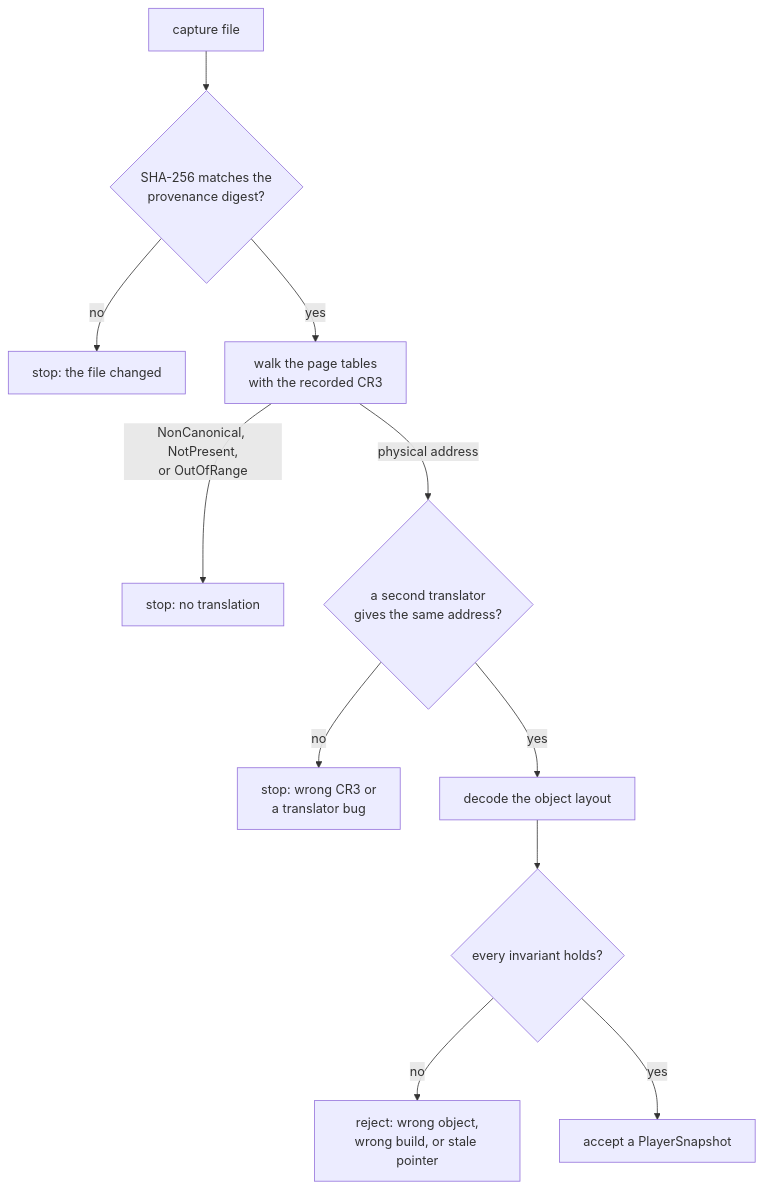
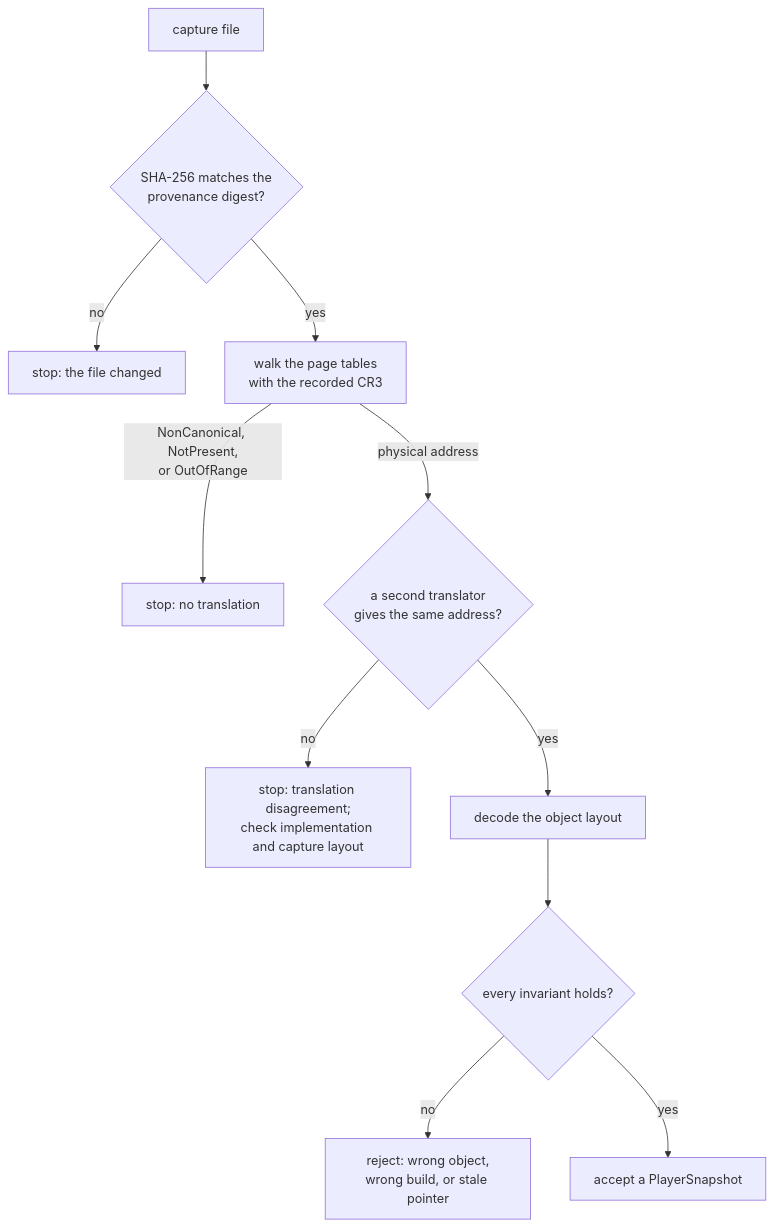
Before and after one commit to MustCodeAl/rust-game-hacking-book: the first of 3 diagrams in site/src/content/docs/pages/11/08.mdx, drawn with Mermaid. The commit also changed other lines of this file and 112 other files, not shown here.

````diff
--- a/site/src/content/docs/pages/11/08.mdx
+++ b/site/src/content/docs/pages/11/08.mdx
@@ -20,13 +20,13 @@
 ```mermaid
 flowchart TD
     F["capture file"] --> H{"SHA-256 matches the<br/>provenance digest?"}
     H -->|"no"| S1["stop: the file changed"]
     H -->|"yes"| T["walk the page tables<br/>with the recorded CR3"]
     T -->|"NonCanonical, NotPresent,<br/>or OutOfRange"| S2["stop: no translation"]
     T -->|"physical address"| X{"a second translator<br/>gives the same address?"}
-    X -->|"no"| S3["stop: wrong CR3 or<br/>a translator bug"]
+    X -->|"no"| S3["stop: translation disagreement;<br/>check implementation and capture layout"]
     X -->|"yes"| D["decode the object layout"]
     D --> I{"every invariant holds?"}
     I -->|"no"| S4["reject: wrong object,<br/>wrong build, or stale pointer"]
     I -->|"yes"| P["accept a PlayerSnapshot"]
 ```
````
